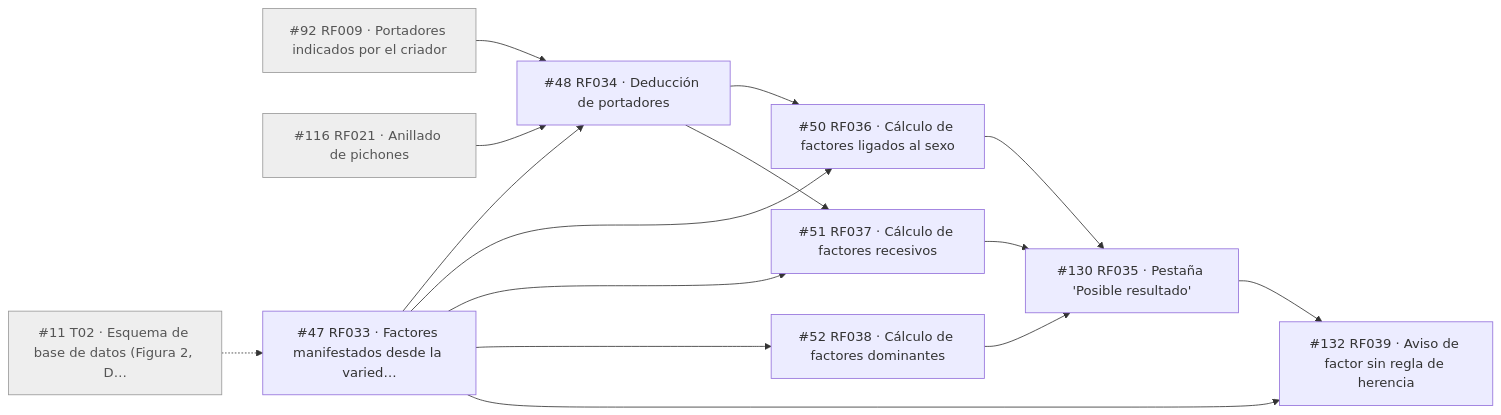
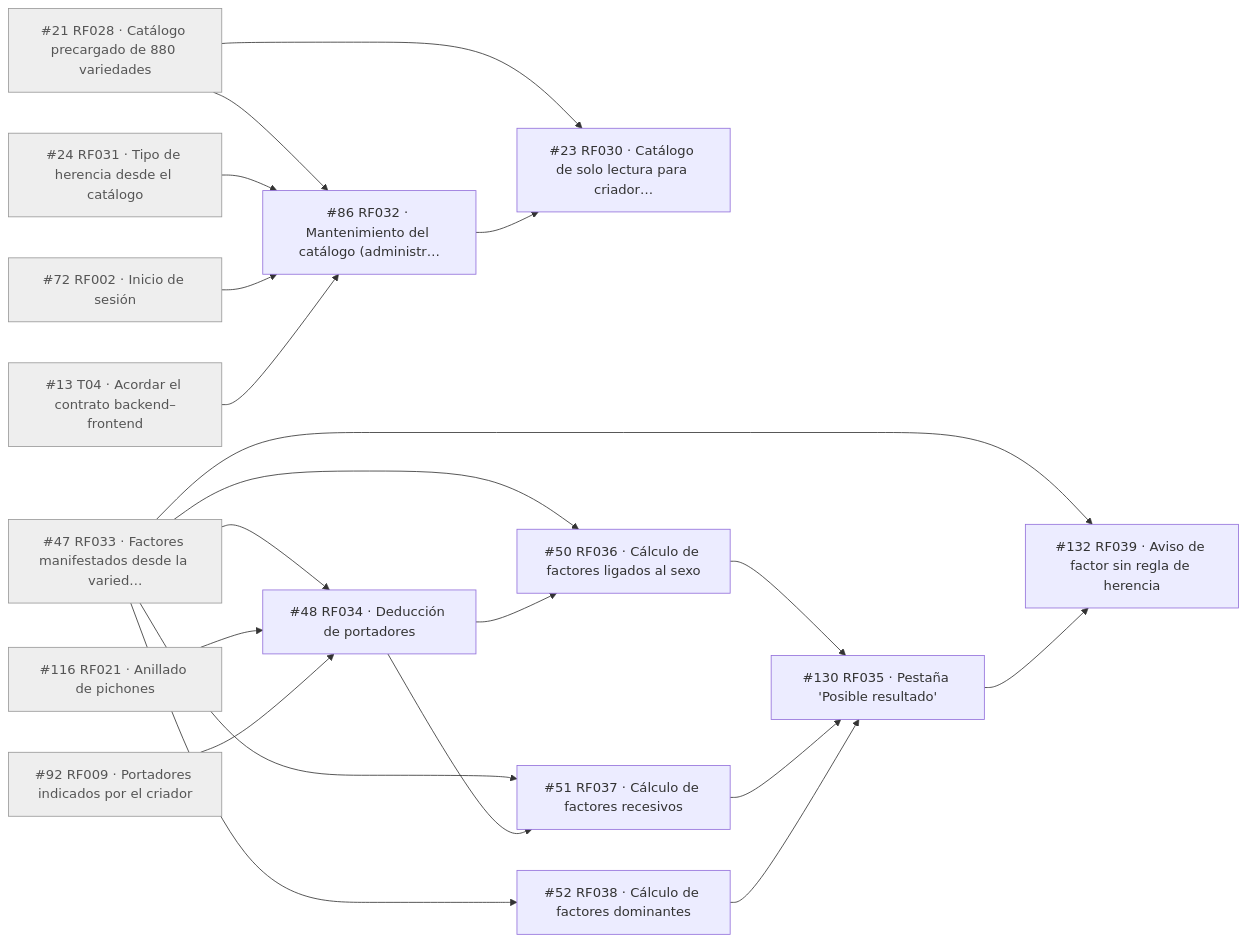
The fifth of 11 diagrams in docs/guia-issues.md (JereR1621/sistema-gestion-criadero-canarios), drawn with Mermaid before and after one commit. The commit also changed other lines of this file and 4 other files, not shown here.

````diff
--- a/docs/guia-issues.md
+++ b/docs/guia-issues.md
@@ -233,29 +247,39 @@
 ```mermaid
 flowchart LR
-    n11["#11 T02 · Esquema de base de datos (Figura 2, D…"]:::antes
+    n13["#13 T04 · Acordar el contrato backend–frontend"]:::antes
+    n21["#21 RF028 · Catálogo precargado de 880 variedades"]:::antes
+    n24["#24 RF031 · Tipo de herencia desde el catálogo"]:::antes
+    n72["#72 RF002 · Inicio de sesión"]:::antes
     n92["#92 RF009 · Portadores indicados por el criador"]:::antes
+    n47["#47 RF033 · Factores manifestados desde la varied…"]:::antes
     n116["#116 RF021 · Anillado de pichones"]:::antes
-    n47["#47 RF033 · Factores manifestados desde la varied…"]
+    n23["#23 RF030 · Catálogo de solo lectura para criador…"]
     n48["#48 RF034 · Deducción de portadores"]
     n50["#50 RF036 · Cálculo de factores ligados al sexo"]
     n51["#51 RF037 · Cálculo de factores recesivos"]
     n52["#52 RF038 · Cálculo de factores dominantes"]
+    n86["#86 RF032 · Mantenimiento del catálogo (administr…"]
     n130["#130 RF035 · Pestaña 'Posible resultado'"]
     n132["#132 RF039 · Aviso de factor sin regla de herencia"]
-    n11 -.-> n47
+    n21 --> n23
+    n86 --> n23
     n47 --> n48
     n116 --> n48
     n92 --> n48
     n47 --> n50
     n48 --> n50
     n47 --> n51
     n48 --> n51
     n47 --> n52
+    n21 --> n86
+    n24 --> n86
+    n72 --> n86
+    n13 --> n86
     n50 --> n130
     n51 --> n130
     n52 --> n130
     n47 --> n132
     n130 --> n132
     classDef antes fill:#eeeeee,stroke:#999999,color:#555555
     classDef ajuste fill:#fde2dc,stroke:#c0392b
 ```
````
